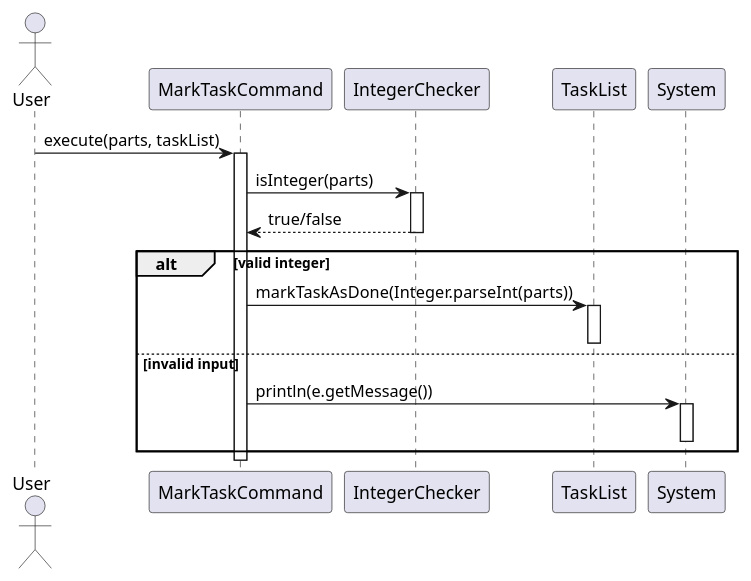
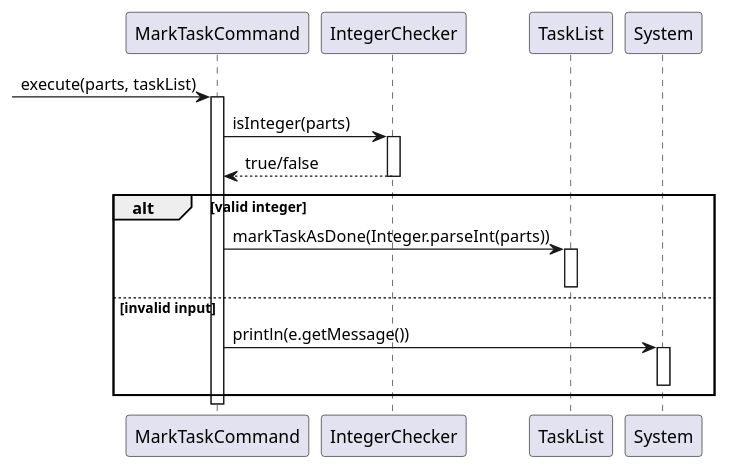
The diagram in docs/diagrams/tasklistcommands/MarkTaskCommandSequenceDiagram.puml (wongyihao02/tp), drawn with PlantUML before and after one commit. The commit also changed 19 other files, not shown here.

Commit message:
Edit sequence diagrams for taskcommands

```diff
--- a/docs/diagrams/tasklistcommands/MarkTaskCommandSequenceDiagram.puml
+++ b/docs/diagrams/tasklistcommands/MarkTaskCommandSequenceDiagram.puml
@@ -1,30 +1,28 @@
 @startuml
 'https://plantuml.com/sequence-diagram
-
-actor User
 
 participant "MarkTaskCommand" as MarkCmd
 participant "IntegerChecker" as Checker
 participant "TaskList" as TaskList
 participant "System" as Console
 
-User -> MarkCmd : execute(parts, taskList)
+-> MarkCmd : execute(parts, taskList)
 activate MarkCmd
 
 MarkCmd -> Checker : isInteger(parts)
 activate Checker
 Checker --> MarkCmd : true/false
 deactivate Checker
 
 alt valid integer
     MarkCmd -> TaskList : markTaskAsDone(Integer.parseInt(parts))
     activate TaskList
     deactivate TaskList
 else invalid input
     MarkCmd -> Console : println(e.getMessage())
     activate Console
     deactivate Console
 end
 
 deactivate MarkCmd
 @enduml
```
